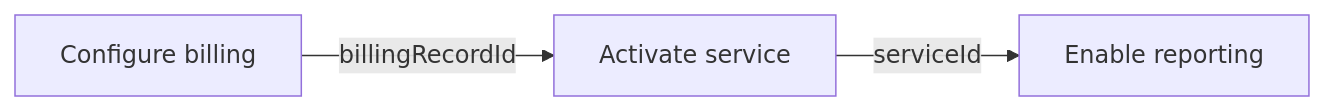
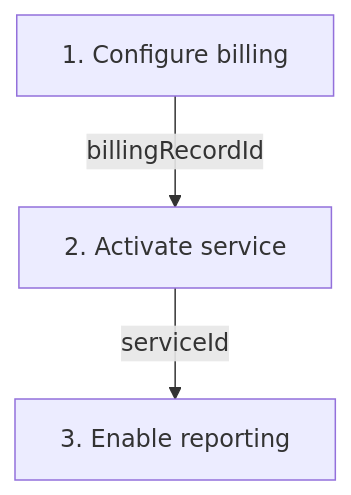
Before and after one commit to vhiekin/aapi: the diagram in examples/customer-service/README.md, drawn with Mermaid. The commit also changed 4 other files, not shown here.

First line of the commit message:
Make proposal diagrams follow a clear reading order

````diff
--- a/examples/customer-service/README.md
+++ b/examples/customer-service/README.md
@@ -31,5 +31,5 @@
 ```mermaid
-flowchart LR
-  B["Configure billing"] -->|"billingRecordId"| A["Activate service"]
-  A -->|"serviceId"| R["Enable reporting"]
+flowchart TB
+  B["1. Configure billing"] -->|"billingRecordId"| A["2. Activate service"]
+  A -->|"serviceId"| R["3. Enable reporting"]
 ```
````
